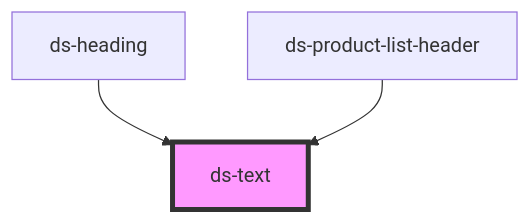
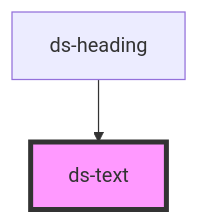
Before and after one commit to jezoock/dot-stash: the diagram in components/core/text/readme.md, drawn with Mermaid. The commit also changed other lines of this file and 33 other files, not shown here.

````diff
--- a/components/core/text/readme.md
+++ b/components/core/text/readme.md
@@ -30,6 +27,5 @@
 ```mermaid
 graph TD;
   ds-heading --> ds-text
-  ds-product-list-header --> ds-text
   style ds-text fill:#f9f,stroke:#333,stroke-width:4px
 ```
````
